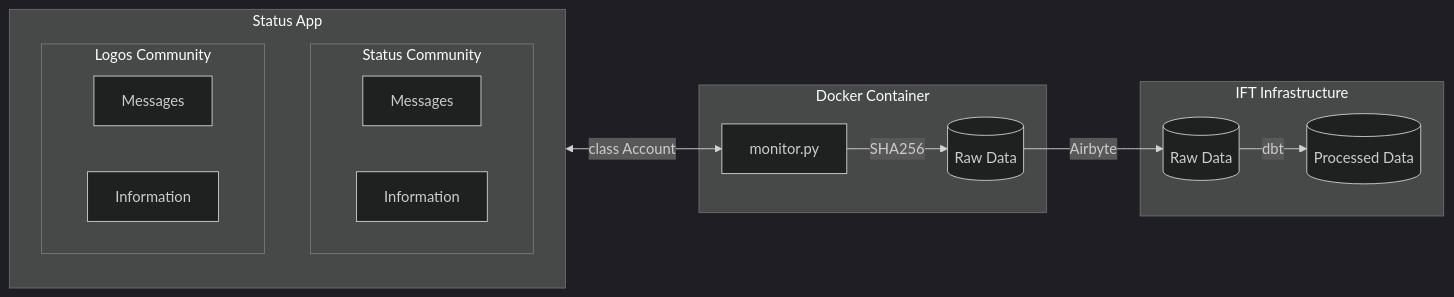
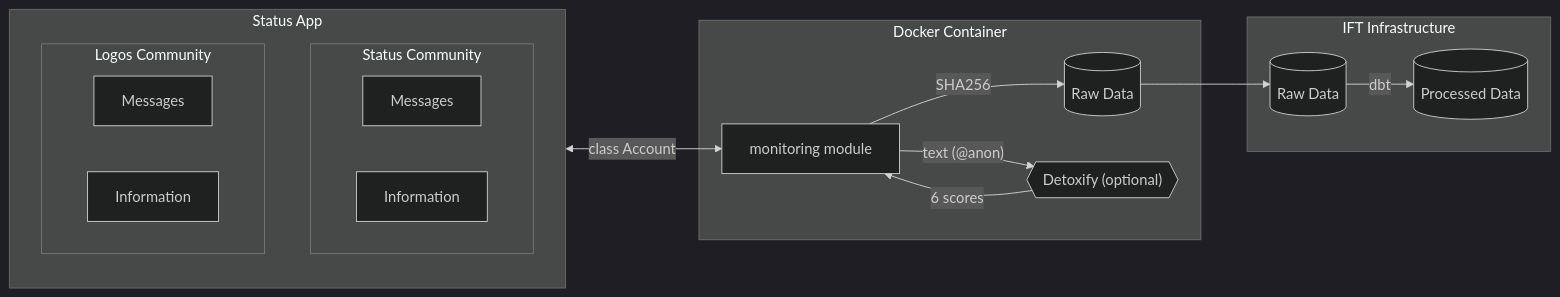
One commit to status-im/status-bot changed the diagram in docs/usage/monitoring.md. Above: the diagram before and after it, drawn with Mermaid (dark theme). The commit also changed other lines of this file and 26 other files, not shown here.

````diff
--- a/docs/usage/monitoring.md
+++ b/docs/usage/monitoring.md
@@ -27,30 +76,33 @@
 ```mermaid
 graph LR
     subgraph Communities[Status App]
         subgraph Status[Status Community]
             StatusMessages[Messages]
             StatusInfo[Information]
         end
         subgraph Logos[Logos Community]
             LogosMessages[Messages]
             LogosInfo[Information]
         end
 
     end
 
     subgraph Bot[Docker Container]
         RawDataLocal[(Raw Data)]
-        Script[monitor.py]
+        Script[monitoring module]
+        Detoxify{{"Detoxify (optional)"}}
     end
 
     subgraph IFT[IFT Infrastructure]
         RawDataIFT[(Raw Data)]
         ProcessedDataIFT[(Processed Data)]
 
     end
 
     Communities <--> |class Account| Script
+    Script --> |"text (@anon)"| Detoxify
+    Detoxify --> |6 scores| Script
     Script --> |SHA256| RawDataLocal
-    RawDataLocal --> |Airbyte| RawDataIFT
+    RawDataLocal --> RawDataIFT
     RawDataIFT --> |dbt| ProcessedDataIFT
 ```
````
